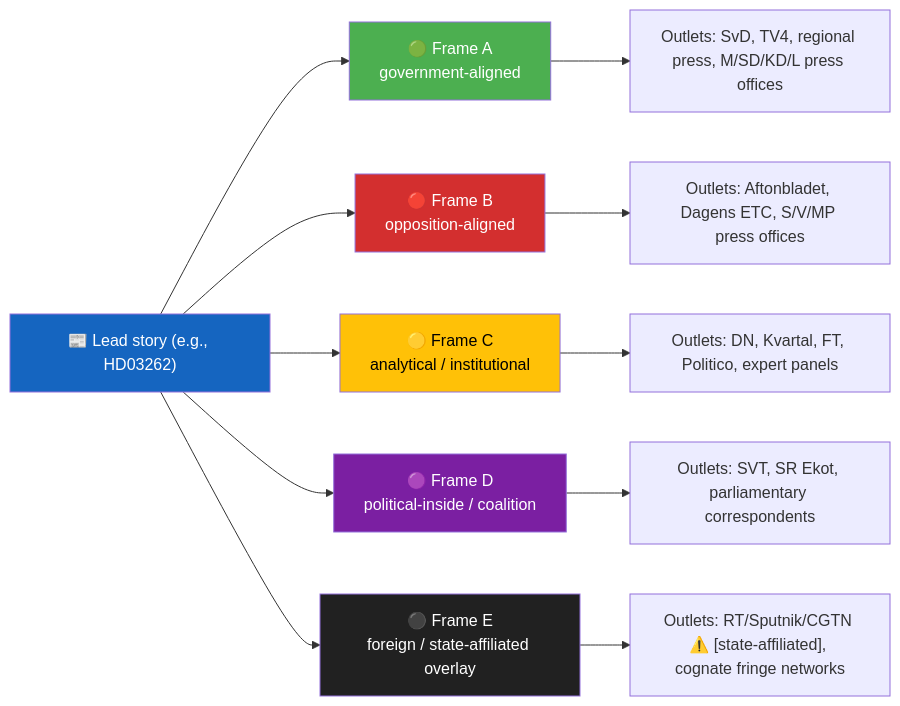
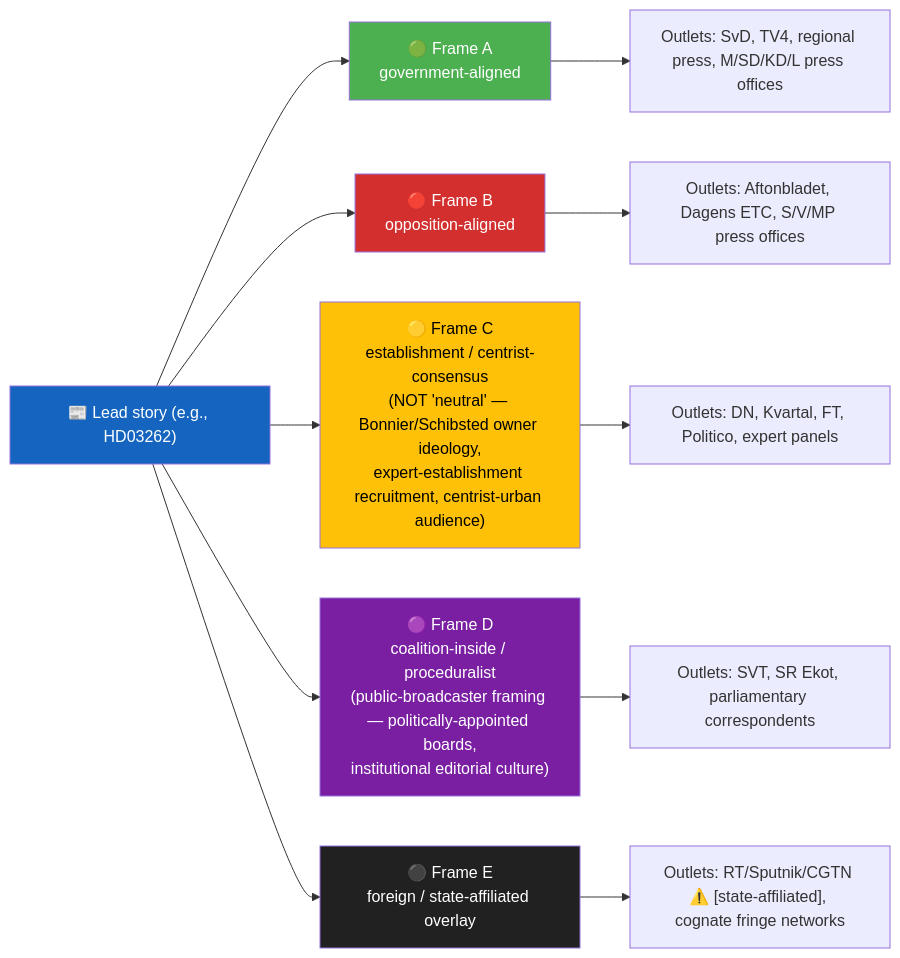
One commit to Hack23/riksdagsmonitor changed the first of 4 diagrams in analysis/templates/media-framing-analysis.md. Above: the diagram before and after it, drawn with Mermaid. The commit also changed other lines of this file and 8 other files, not shown here.

First line of the commit message:
media-framing v2.1: no-neutral-media doctrine, Outlet Bias Audit, no neutral algorithm

````diff
--- a/analysis/templates/media-framing-analysis.md
+++ b/analysis/templates/media-framing-analysis.md
@@ -61,21 +63,21 @@
 ```mermaid
 graph LR
     STORY["📰 Lead story (e.g., HD03262)"] --> F1["🟢 Frame A<br/>government-aligned"]
     STORY --> F2["🔴 Frame B<br/>opposition-aligned"]
-    STORY --> F3["🟡 Frame C<br/>analytical / institutional"]
-    STORY --> F4["🟣 Frame D<br/>political-inside / coalition"]
+    STORY --> F3["🟡 Frame C<br/>establishment / centrist-consensus<br/>(NOT 'neutral' — Bonnier/Schibsted owner ideology,<br/>expert-establishment recruitment, centrist-urban audience)"]
+    STORY --> F4["🟣 Frame D<br/>coalition-inside / proceduralist<br/>(public-broadcaster framing — politically-appointed boards,<br/>institutional editorial culture)"]
     STORY --> F5["⚫ Frame E<br/>foreign / state-affiliated overlay"]
 
     F1 --> OUT1["Outlets: SvD, TV4, regional press, M/SD/KD/L press offices"]
     F2 --> OUT2["Outlets: Aftonbladet, Dagens ETC, S/V/MP press offices"]
     F3 --> OUT3["Outlets: DN, Kvartal, FT, Politico, expert panels"]
     F4 --> OUT4["Outlets: SVT, SR Ekot, parliamentary correspondents"]
     F5 --> OUT5["Outlets: RT/Sputnik/CGTN ⚠️ [state-affiliated], cognate fringe networks"]
 
     style STORY fill:#1565C0,color:#FFFFFF
     style F1 fill:#4CAF50,color:#FFFFFF
     style F2 fill:#D32F2F,color:#FFFFFF
     style F3 fill:#FFC107,color:#000000
     style F4 fill:#7B1FA2,color:#FFFFFF
     style F5 fill:#212121,color:#FFFFFF
 ```
````
